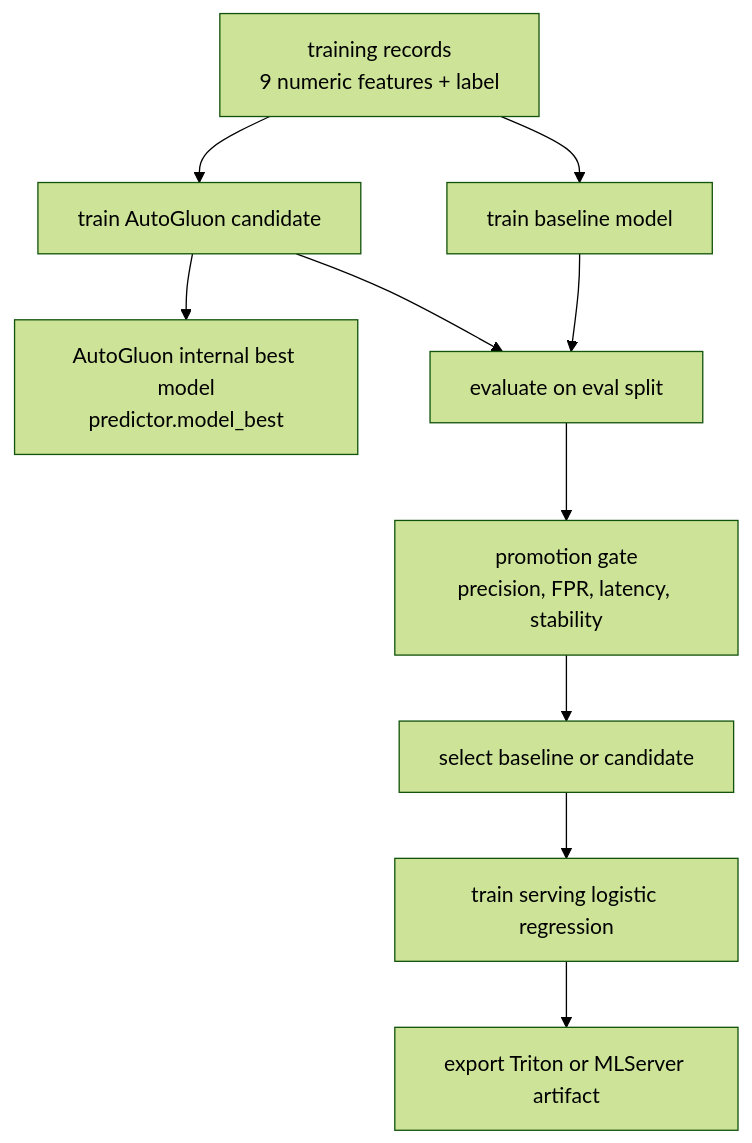
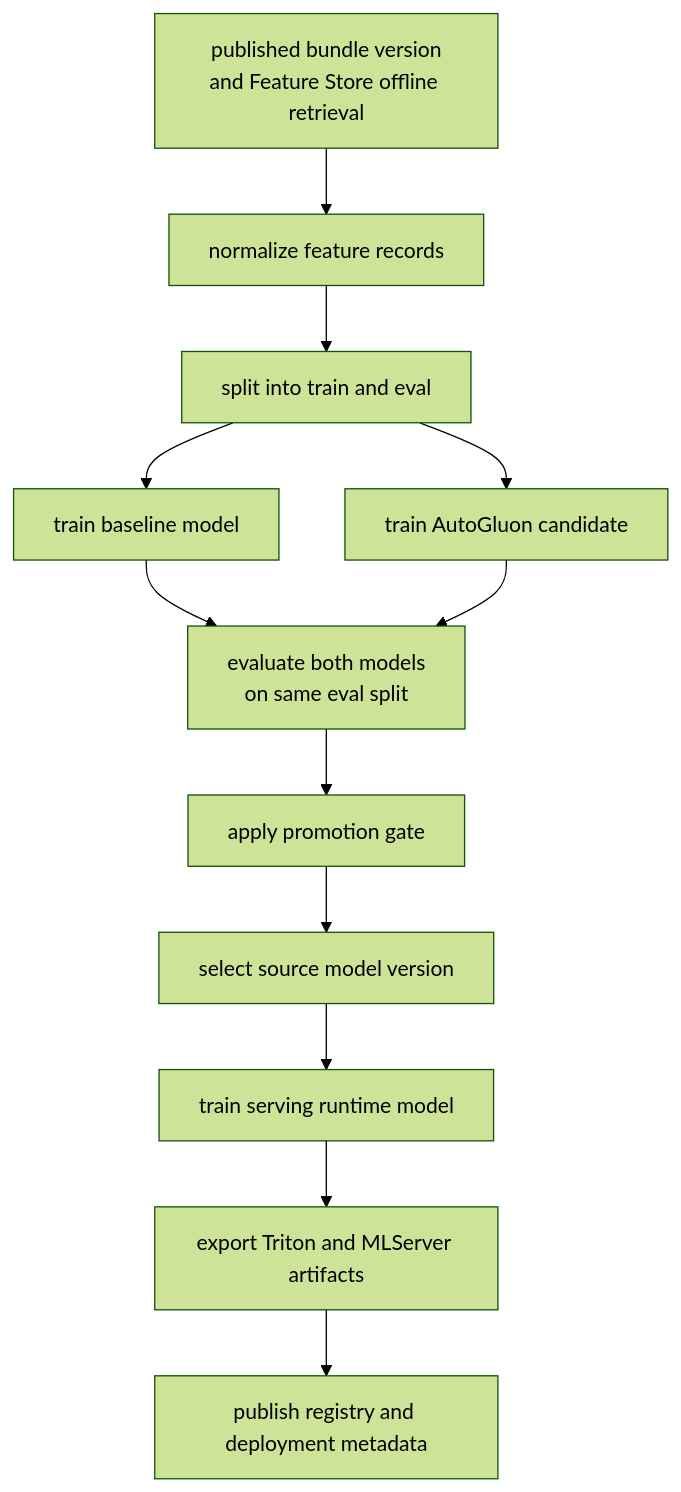
One commit to rh-telco-tigers/Autonomous-Network-Intelligence-Anomaly-Detection-with-Red-Hat-OpenShift-AI changed the diagram in docs/architecture/autogluon-training-and-model-selection.md. Above: the diagram before and after it, drawn with Mermaid (forest theme). The commit also changed other lines of this file and 51 other files, not shown here.

First line of the commit message:
complete feature-store multiclass rollout and sync Plane ticket states

````diff
--- a/docs/architecture/autogluon-training-and-model-selection.md
+++ b/docs/architecture/autogluon-training-and-model-selection.md
@@ -21,12 +13,14 @@
 ```mermaid
 flowchart TD
-  Data["training records<br/>9 numeric features + label"] --> Base["train baseline model"]
-  Data --> AG["train AutoGluon candidate"]
-  AG --> AGBest["AutoGluon internal best model<br/>predictor.model_best"]
-  Base --> Eval["evaluate on eval split"]
+  Data["published bundle version<br/>and Feature Store offline retrieval"] --> Normalize["normalize feature records"]
+  Normalize --> Split["split into train and eval"]
+  Split --> Base["train baseline model"]
+  Split --> AG["train AutoGluon candidate"]
+  Base --> Eval["evaluate both models<br/>on same eval split"]
   AG --> Eval
-  Eval --> Gate["promotion gate<br/>precision, FPR, latency, stability"]
-  Gate --> Select["select baseline or candidate"]
-  Select --> Serve["train serving logistic regression"]
-  Serve --> Export["export Triton or MLServer artifact"]
+  Eval --> Gate["apply promotion gate"]
+  Gate --> Select["select source model version"]
+  Select --> Serve["train serving runtime model"]
+  Serve --> Export["export Triton and MLServer artifacts"]
+  Export --> Registry["publish registry and deployment metadata"]
 ```
````
